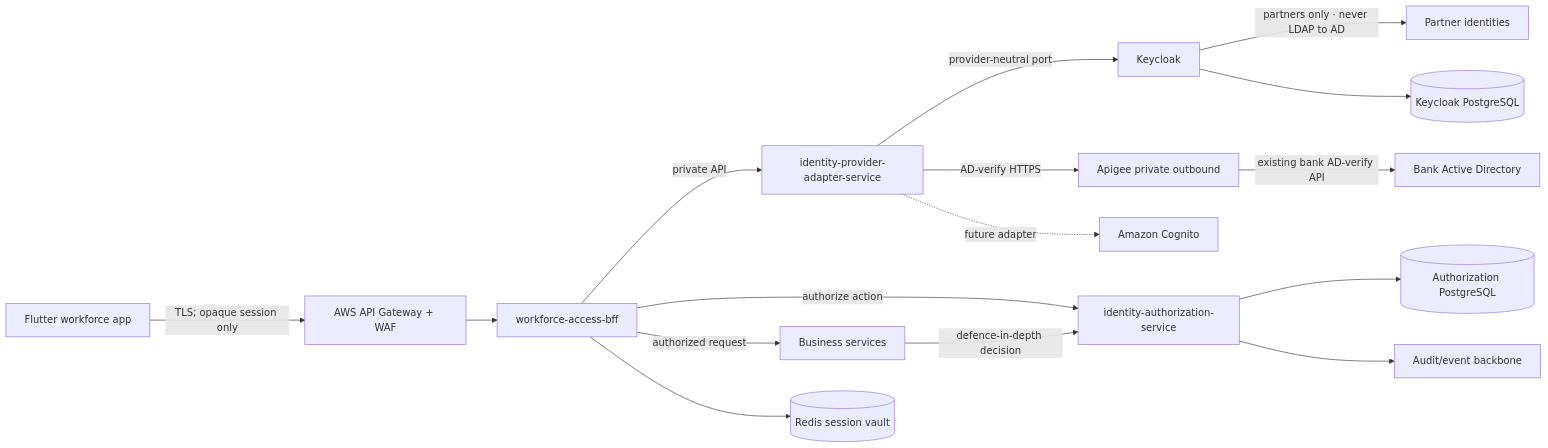
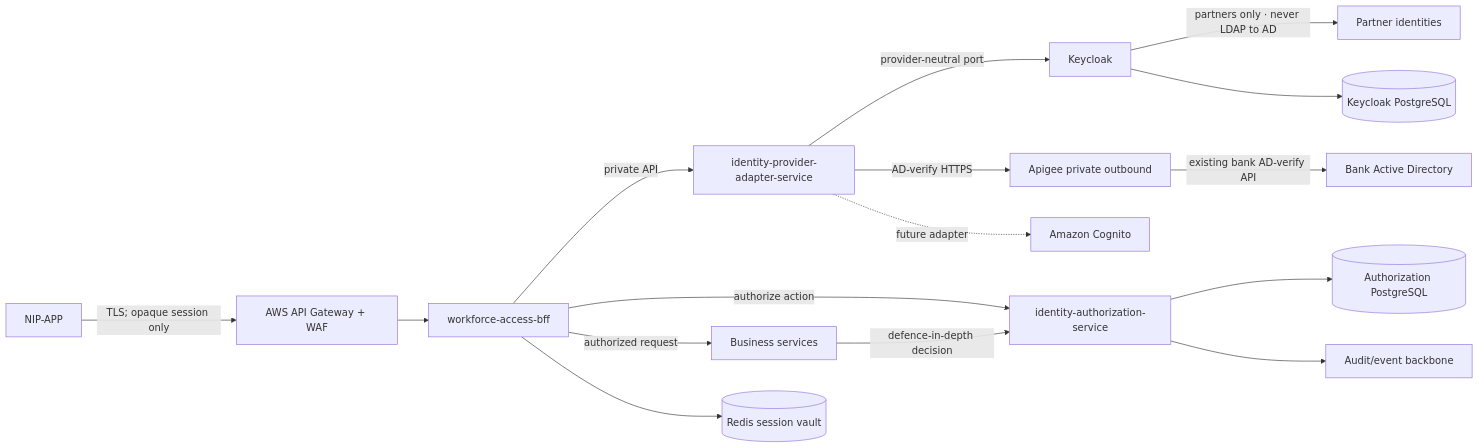
Before and after one commit to Mahesh38/bank-insurance-platform: the diagram in docs/platform/authentication-authorization/README.md, drawn with Mermaid. The commit also changed other lines of this file and 66 other files, not shown here.

````diff
--- a/docs/platform/authentication-authorization/README.md
+++ b/docs/platform/authentication-authorization/README.md
@@ -52,18 +52,18 @@
 ```mermaid
 flowchart LR
-    Flutter[Flutter workforce app] -->|TLS; opaque session only| Gateway[AWS API Gateway + WAF]
+    NipApp[NIP-APP] -->|TLS; opaque session only| Gateway[AWS API Gateway + WAF]
     Gateway --> BFF[workforce-access-bff]
     BFF -->|private API| Adapter[identity-provider-adapter-service]
     BFF -->|authorize action| Authz[identity-authorization-service]
     BFF -->|authorized request| Domain[Business services]
     Domain -->|defence-in-depth decision| Authz
     Adapter -->|provider-neutral port| Keycloak[Keycloak]
     Adapter -->|AD-verify HTTPS| Apigee[Apigee private outbound]
     Apigee -->|existing bank AD-verify API| AD[Bank Active Directory]
     Keycloak -->|partners only · never LDAP to AD| Partners[Partner identities]
     Adapter -.future adapter.-> Cognito[Amazon Cognito]
     Authz --> AuthzDb[(Authorization PostgreSQL)]
     Keycloak --> KeycloakDb[(Keycloak PostgreSQL)]
     BFF --> Sessions[(Redis session vault)]
     Authz --> Events[Audit/event backbone]
 ```
````
